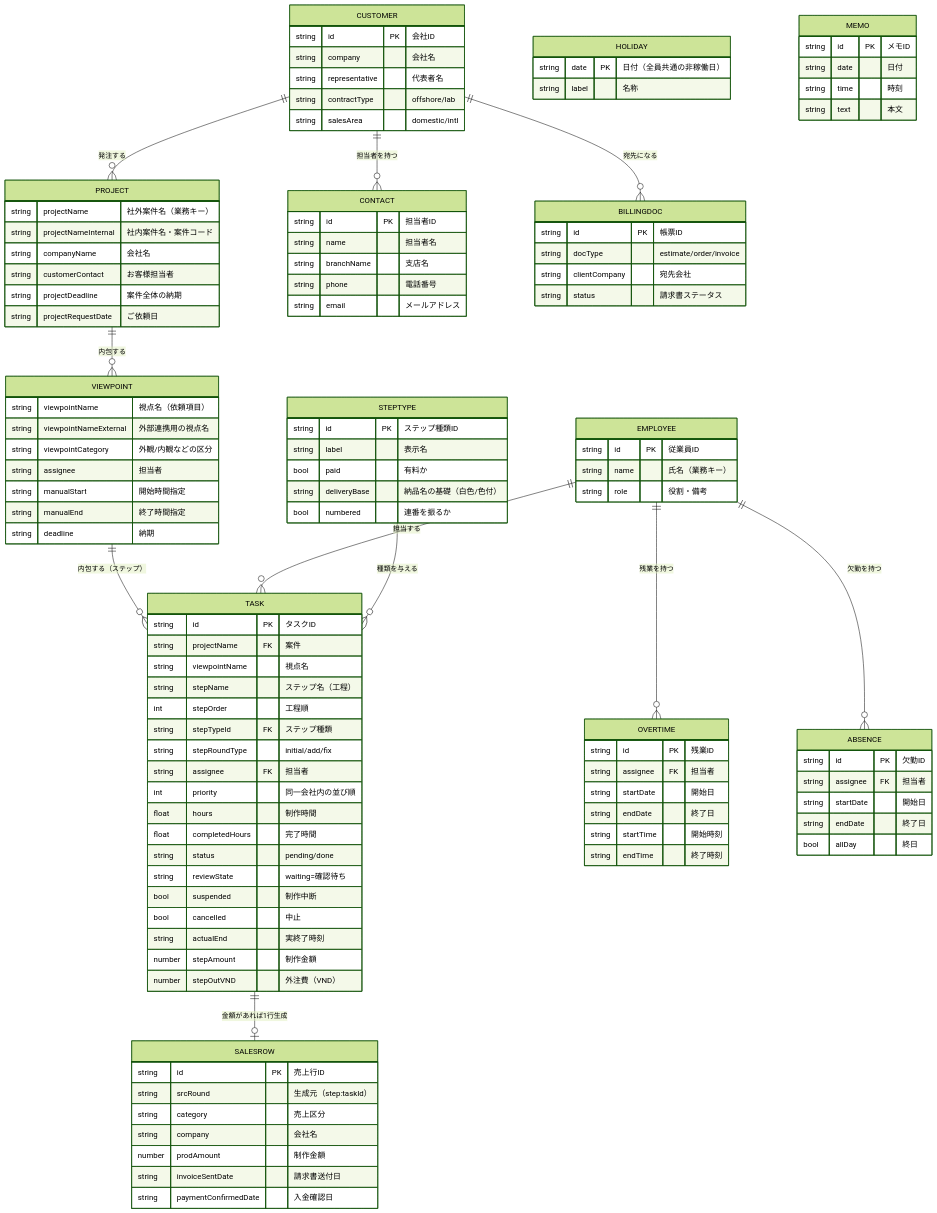
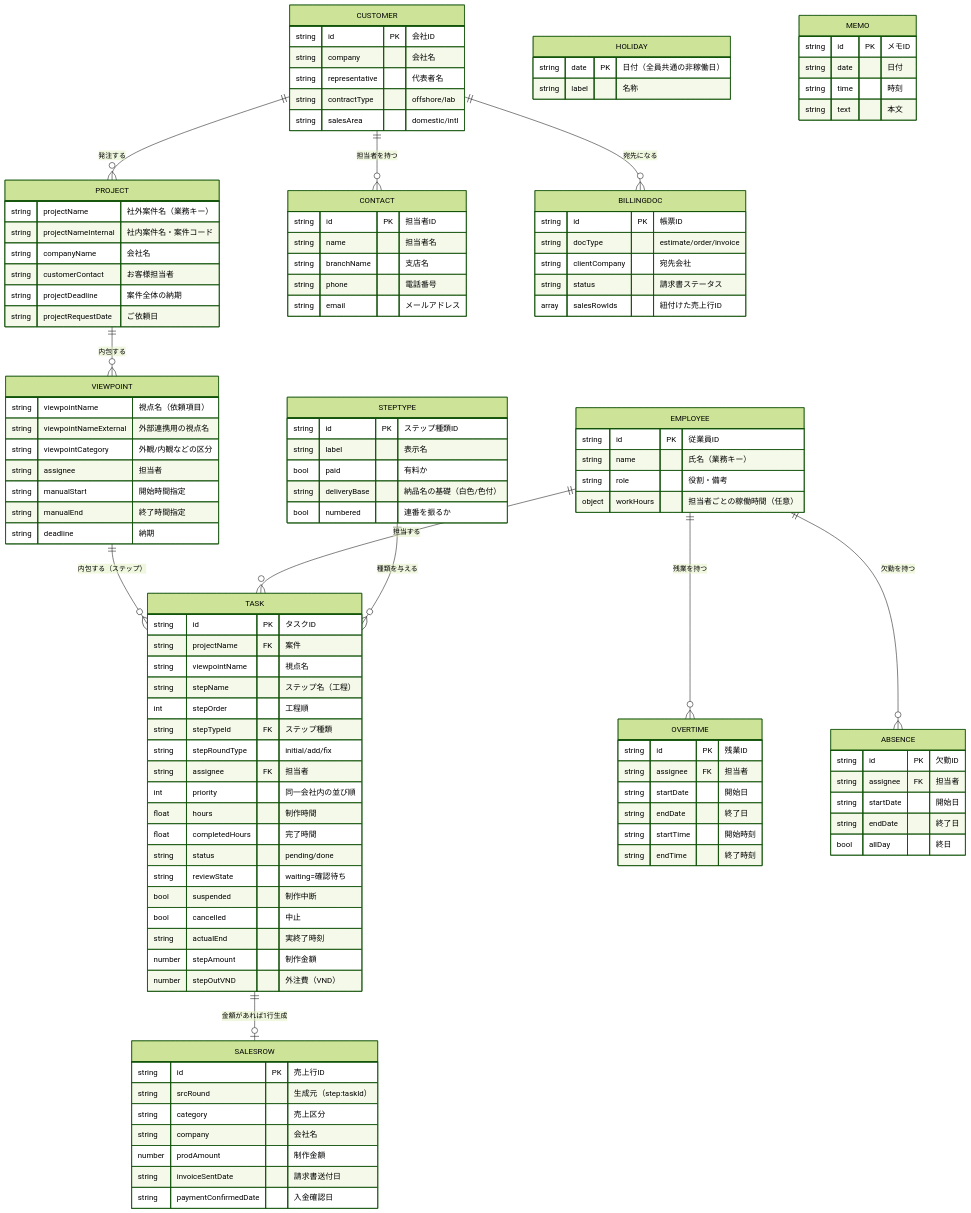
The diagram in docs/02_ER図_データモデル設計書.md (NAKAMUAR/koutei-zu), drawn with Mermaid (forest theme) before and after one commit. The commit also changed other lines of this file and 5 other files, not shown here.

```diff
--- a/docs/02_ER図_データモデル設計書.md
+++ b/docs/02_ER図_データモデル設計書.md
@@ -78,6 +78,7 @@
         string id PK "従業員ID"
         string name "氏名（業務キー）"
         string role "役割・備考"
+        object workHours "担当者ごとの稼働時間（任意）"
     }
     CUSTOMER {
         string id PK "会社ID"
@@ -133,6 +134,7 @@
         string docType "estimate/order/invoice"
         string clientCompany "宛先会社"
         string status "請求書ステータス"
+        array salesRowIds "紐付けた売上行ID"
     }
     MEMO {
         string id PK "メモID"
```
